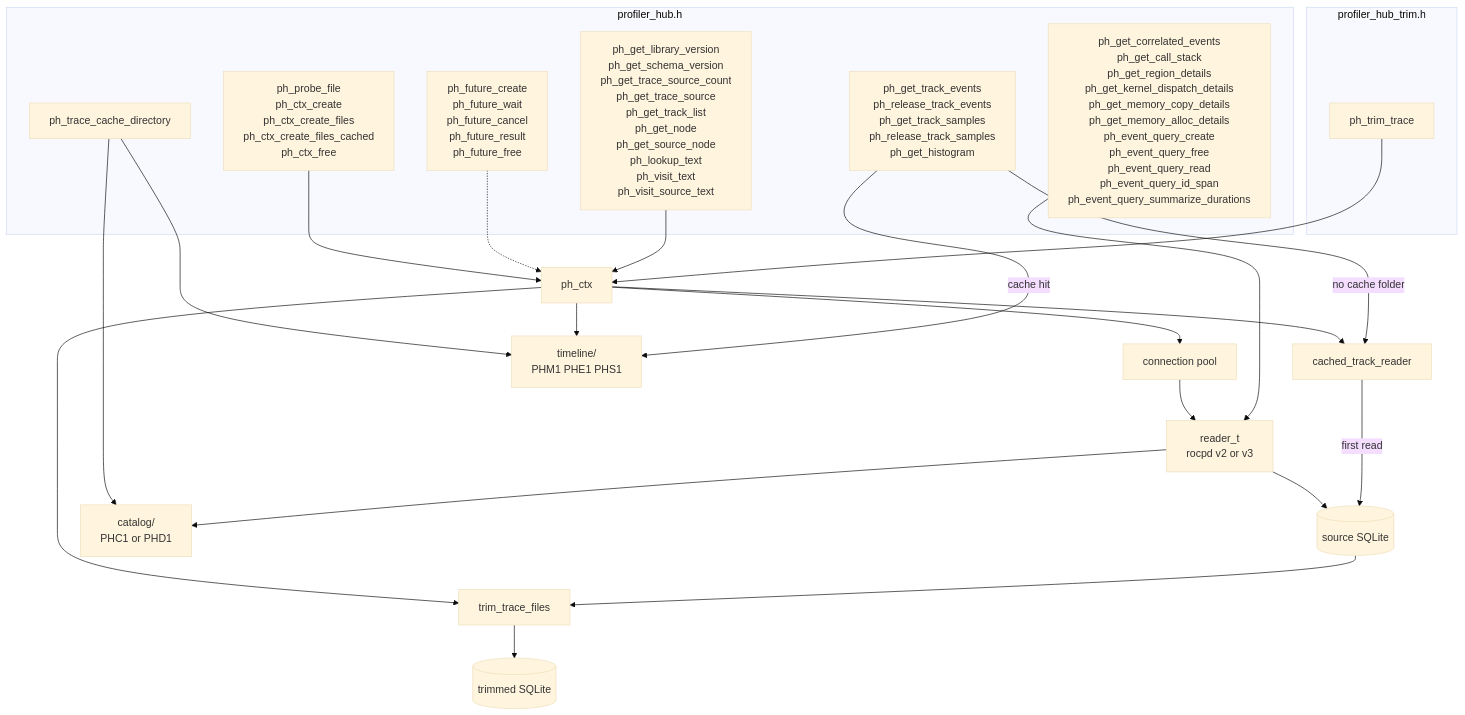
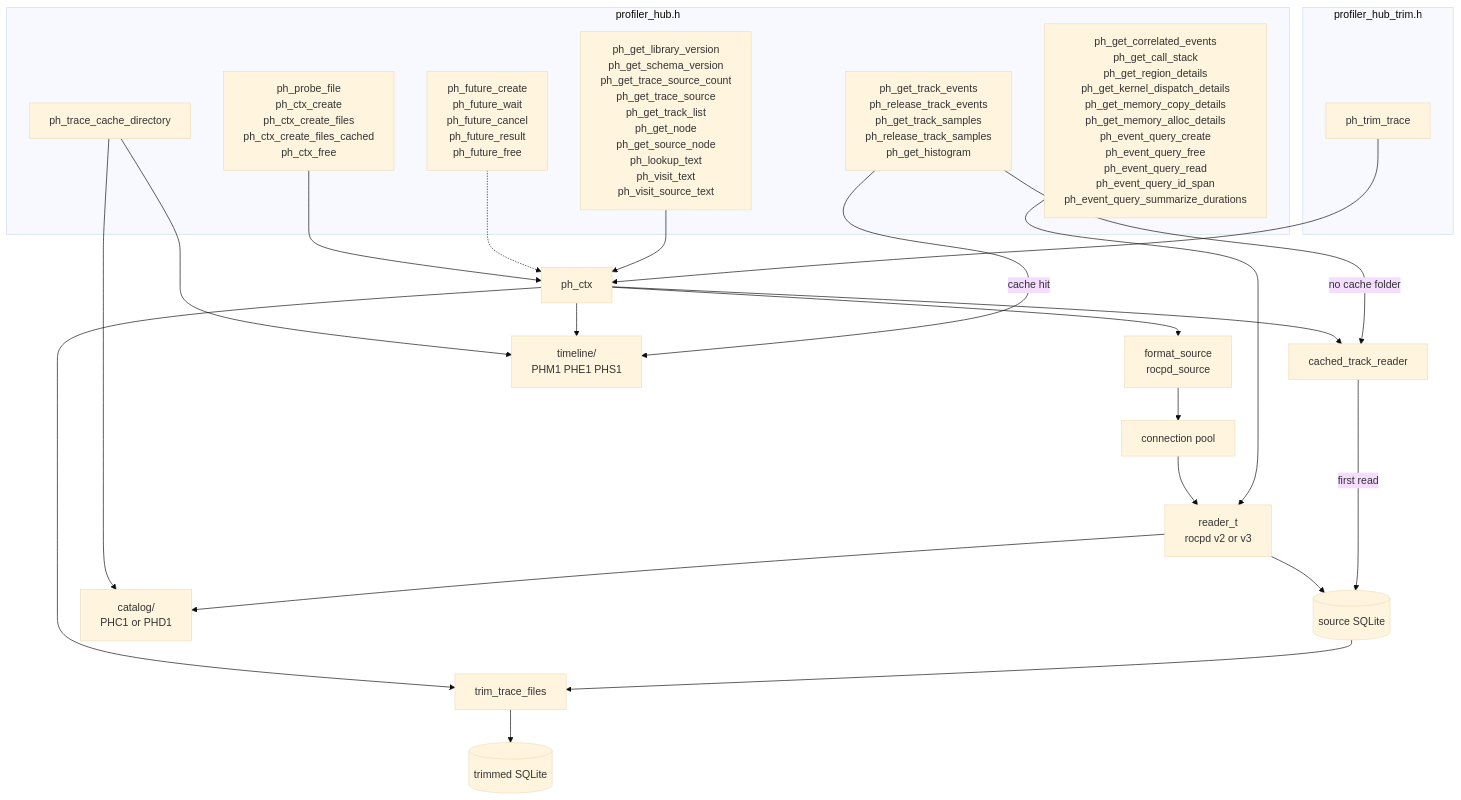
One commit to ROCm/rocm-systems changed the diagram in profilers/profiler-hub/docs/optiq-integration/reader-architecture.md. Above: the diagram before and after it, drawn with Mermaid (base theme). The commit also changed other lines of this file and 4 other files, not shown here.

First line of the commit message:
docs(profiler-hub): describe the per-file source where ph_ctx used the pool

````diff
--- a/profilers/profiler-hub/docs/optiq-integration/reader-architecture.md
+++ b/profilers/profiler-hub/docs/optiq-integration/reader-architecture.md
@@ -18,44 +18,45 @@
 ```mermaid
 flowchart TB
   subgraph reader ["profiler_hub.h"]
     open["ph_probe_file<br/>ph_ctx_create<br/>ph_ctx_create_files<br/>ph_ctx_create_files_cached<br/>ph_ctx_free"]
     hash["ph_trace_cache_directory"]
     future["ph_future_create<br/>ph_future_wait<br/>ph_future_cancel<br/>ph_future_result<br/>ph_future_free"]
     loaded["ph_get_library_version<br/>ph_get_schema_version<br/>ph_get_trace_source_count<br/>ph_get_trace_source<br/>ph_get_track_list<br/>ph_get_node<br/>ph_get_source_node<br/>ph_lookup_text<br/>ph_visit_text<br/>ph_visit_source_text"]
     timeline_api["ph_get_track_events<br/>ph_release_track_events<br/>ph_get_track_samples<br/>ph_release_track_samples<br/>ph_get_histogram"]
     sqlite_api["ph_get_correlated_events<br/>ph_get_call_stack<br/>ph_get_region_details<br/>ph_get_kernel_dispatch_details<br/>ph_get_memory_copy_details<br/>ph_get_memory_alloc_details<br/>ph_event_query_create<br/>ph_event_query_free<br/>ph_event_query_read<br/>ph_event_query_id_span<br/>ph_event_query_summarize_durations"]
   end
 
   subgraph trim_api ["profiler_hub_trim.h"]
     trim["ph_trim_trace"]
   end
 
   ctx["ph_ctx"]
+  source["format_source<br/>rocpd_source"]
   pool["connection pool"]
   impl["reader_t<br/>rocpd v2 or v3"]
   mem["cached_track_reader"]
   sql[("source SQLite")]
   catalog["catalog/<br/>PHC1 or PHD1"]
   tl["timeline/<br/>PHM1 PHE1 PHS1"]
   trimmer["trim_trace_files"]
   out[("trimmed SQLite")]
 
   open --> ctx
   hash --> catalog
   hash --> tl
   future -.-> ctx
   loaded --> ctx
-  ctx --> pool --> impl --> sql
+  ctx --> source --> pool --> impl --> sql
   impl --> catalog
   ctx --> tl
   ctx --> mem
 
   timeline_api -->|"cache hit"| tl
   timeline_api -->|"no cache folder"| mem
   mem -->|"first read"| sql
   sqlite_api --> impl
 
   trim --> ctx
   ctx --> trimmer
   sql --> trimmer --> out
 ```
````
